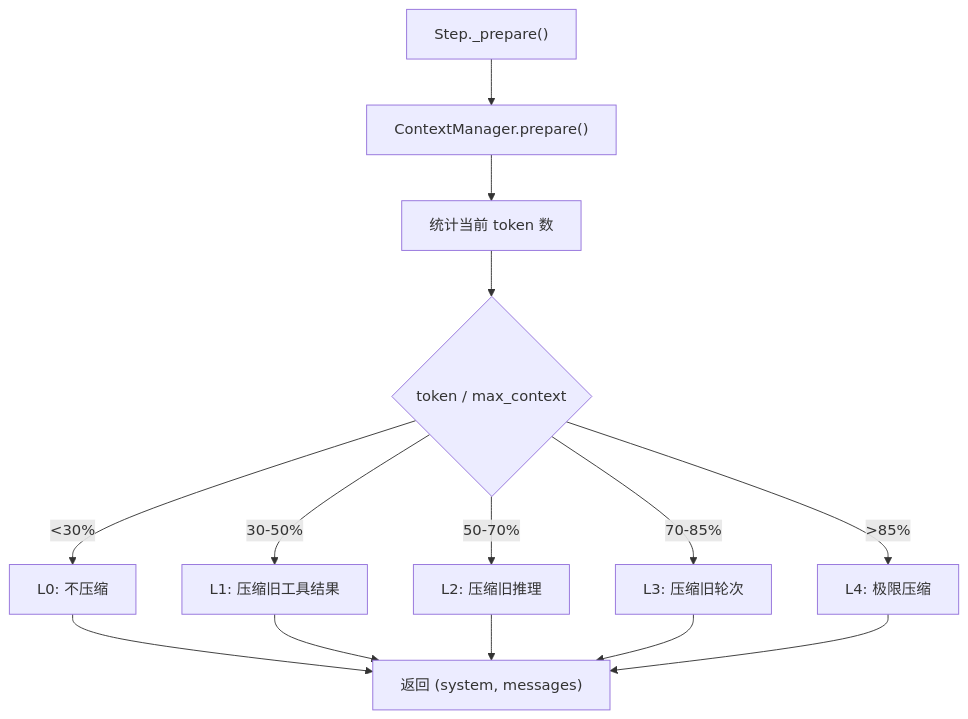
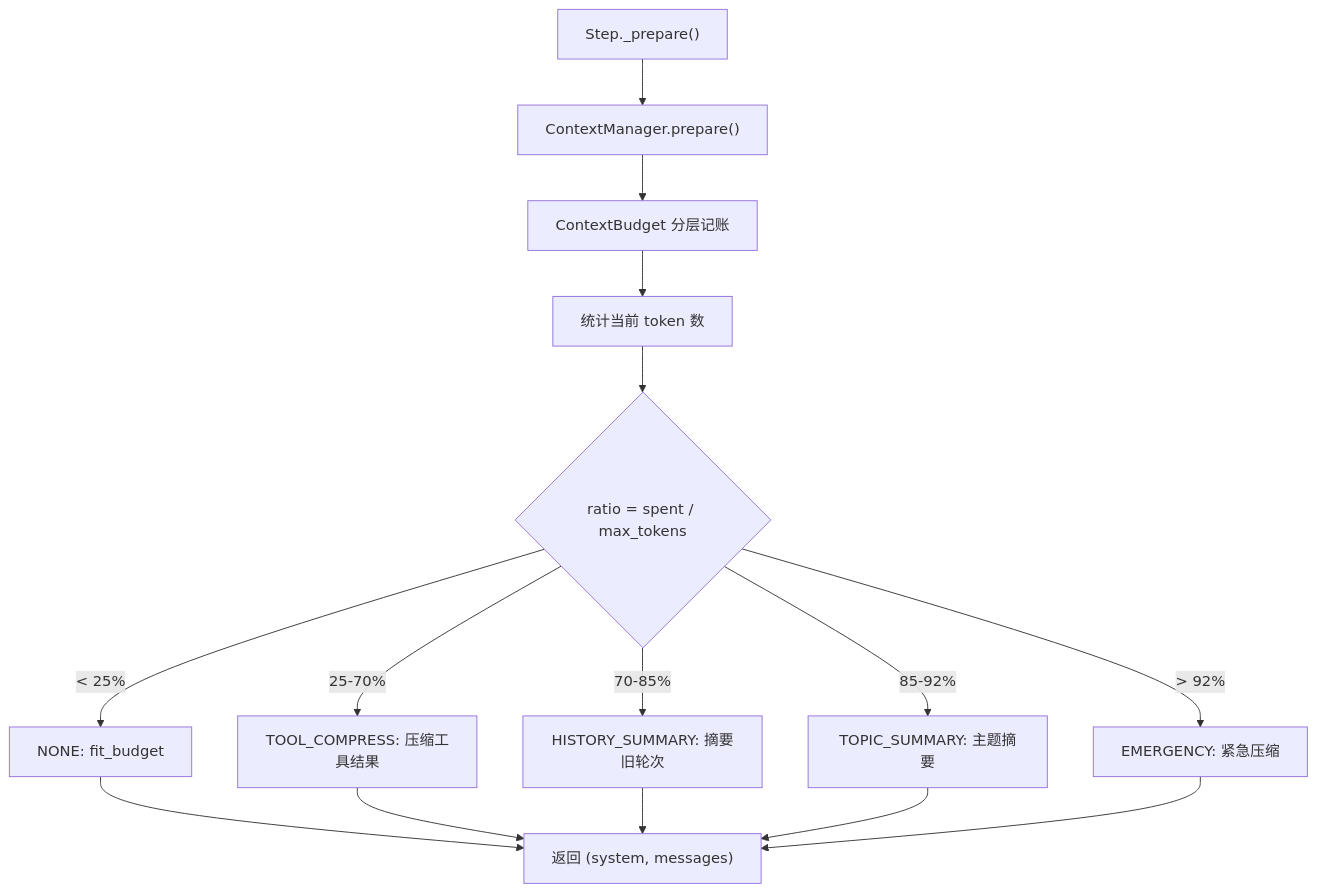
The third of 3 diagrams in docs/topics/compression.md (limenagent/prodagent), drawn with Mermaid before and after one commit. The commit also changed other lines of this file and 28 other files, not shown here.

````diff
--- a/docs/topics/compression.md
+++ b/docs/topics/compression.md
@@ -127,16 +139,17 @@
 ```mermaid
 graph TD
     STEP["Step._prepare()"] --> CM["ContextManager.prepare()"]
-    CM --> COUNT["统计当前 token 数"]
-    COUNT --> RATIO{"token / max_context"}
-    RATIO -->|<30%| L0["L0: 不压缩"]
-    RATIO -->|30-50%| L1["L1: 压缩旧工具结果"]
-    RATIO -->|50-70%| L2["L2: 压缩旧推理"]
-    RATIO -->|70-85%| L3["L3: 压缩旧轮次"]
-    RATIO -->|>85%| L4["L4: 极限压缩"]
-    L0 --> RETURN["返回 (system, messages)"]
-    L1 --> RETURN
-    L2 --> RETURN
-    L3 --> RETURN
-    L4 --> RETURN
+    CM --> BUDGET["ContextBudget 分层记账"]
+    BUDGET --> COUNT["统计当前 token 数"]
+    COUNT --> RATIO{"ratio = spent / max_tokens"}
+    RATIO -->|< 25%| NONE["NONE: fit_budget"]
+    RATIO -->|25-70%| TOOL["TOOL_COMPRESS: 压缩工具结果"]
+    RATIO -->|70-85%| HIST["HISTORY_SUMMARY: 摘要旧轮次"]
+    RATIO -->|85-92%| TOPIC["TOPIC_SUMMARY: 主题摘要"]
+    RATIO -->|> 92%| EMER["EMERGENCY: 紧急压缩"]
+    NONE --> RETURN["返回 (system, messages)"]
+    TOOL --> RETURN
+    HIST --> RETURN
+    TOPIC --> RETURN
+    EMER --> RETURN
 ```
````
